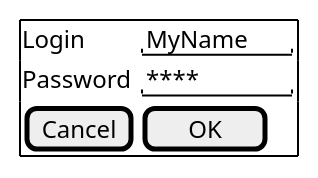
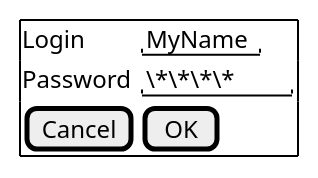
The third of 13 diagrams in docs/examples_salt_ui.md (mkoertgen/hello.nplant), drawn with PlantUML before and after one commit. The commit also changed other lines of this file and 68 other files, not shown here.

````diff
--- a/docs/examples_salt_ui.md
+++ b/docs/examples_salt_ui.md
@@ -56,7 +60,9 @@
-    @startsalt
-    {+
-      Login    | "MyName   "
-      Password | "****     "
-      [Cancel] | [  OK   ]
-    }
-    @endsalt
+```plantuml
+@startsalt
+{+
+  Login | "MyName "
+  Password | "\*\*\*\* "
+  [Cancel] | [ OK ]
+  }
+@endsalt
+```
````
